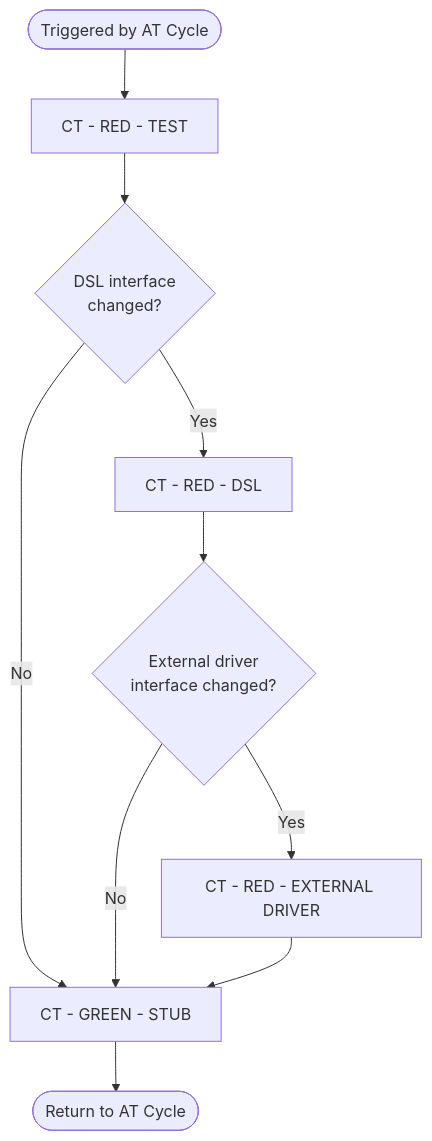
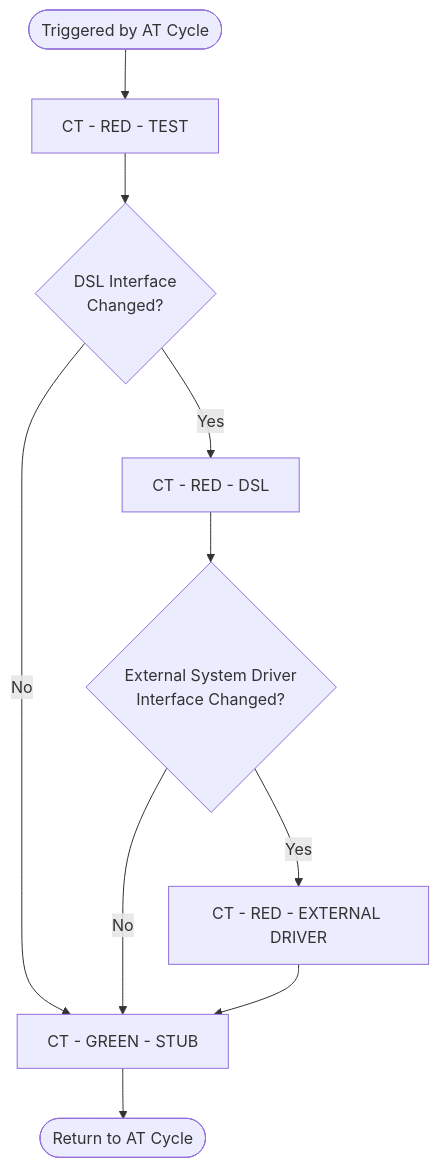
The second of 3 diagrams in docs/prompts/atdd/orchestrator-diagram.md (optivem/eshop-tests), drawn with Mermaid before and after one commit. The commit also changed other lines of this file and 5 other files, not shown here.

First line of the commit message:
Refactor ATDD documentation and workflow diagrams for clarity and consistency

````diff
--- a/docs/prompts/atdd/orchestrator-diagram.md
+++ b/docs/prompts/atdd/orchestrator-diagram.md
@@ -25,12 +25,12 @@
 ```mermaid
 flowchart TD
     CT_START([Triggered by AT Cycle]) --> CT_TEST[CT - RED - TEST]
-    CT_TEST --> CT_DSL_CHK{DSL interface\nchanged?}
+    CT_TEST --> CT_DSL_CHK{DSL Interface\nChanged?}
     CT_DSL_CHK -- No --> CT_GREEN[CT - GREEN - STUB]
     CT_DSL_CHK -- Yes --> CT_DSL[CT - RED - DSL]
-    CT_DSL --> CT_EXT_CHK{External driver\ninterface changed?}
+    CT_DSL --> CT_EXT_CHK{External System Driver\nInterface Changed?}
     CT_EXT_CHK -- No --> CT_GREEN
     CT_EXT_CHK -- Yes --> CT_DRV[CT - RED - EXTERNAL DRIVER]
     CT_DRV --> CT_GREEN
     CT_GREEN --> CT_DONE([Return to AT Cycle])
 ```
````
